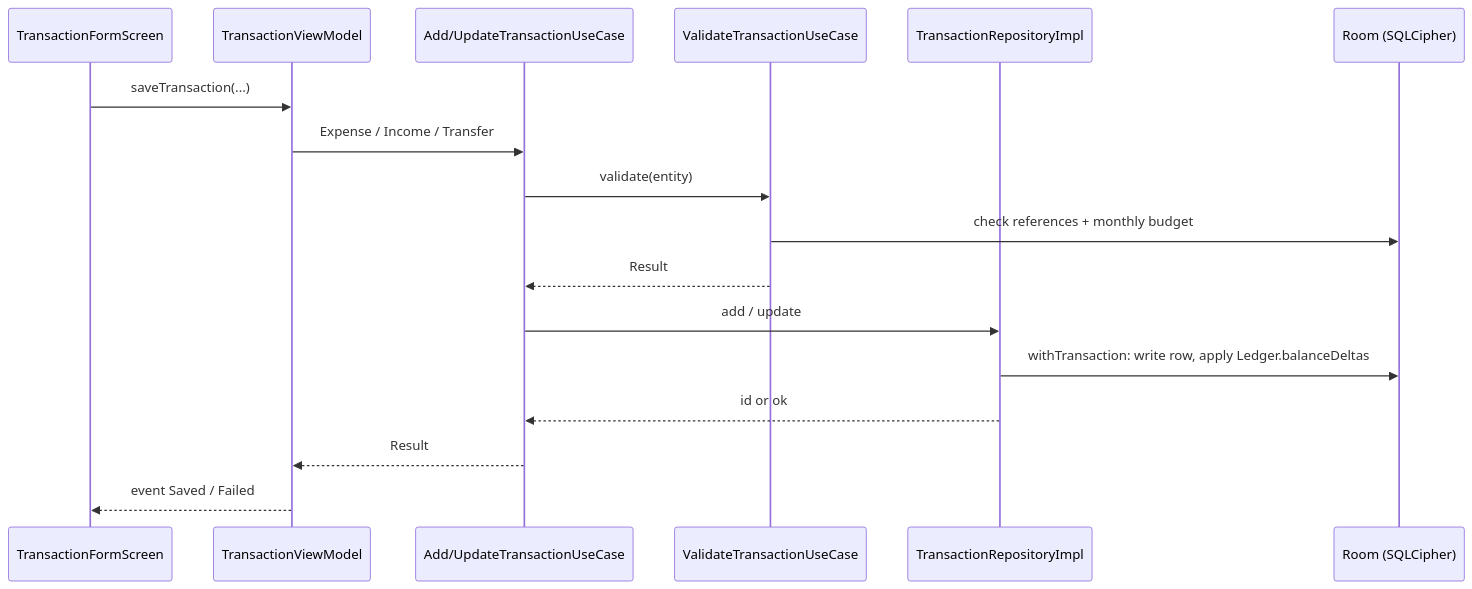
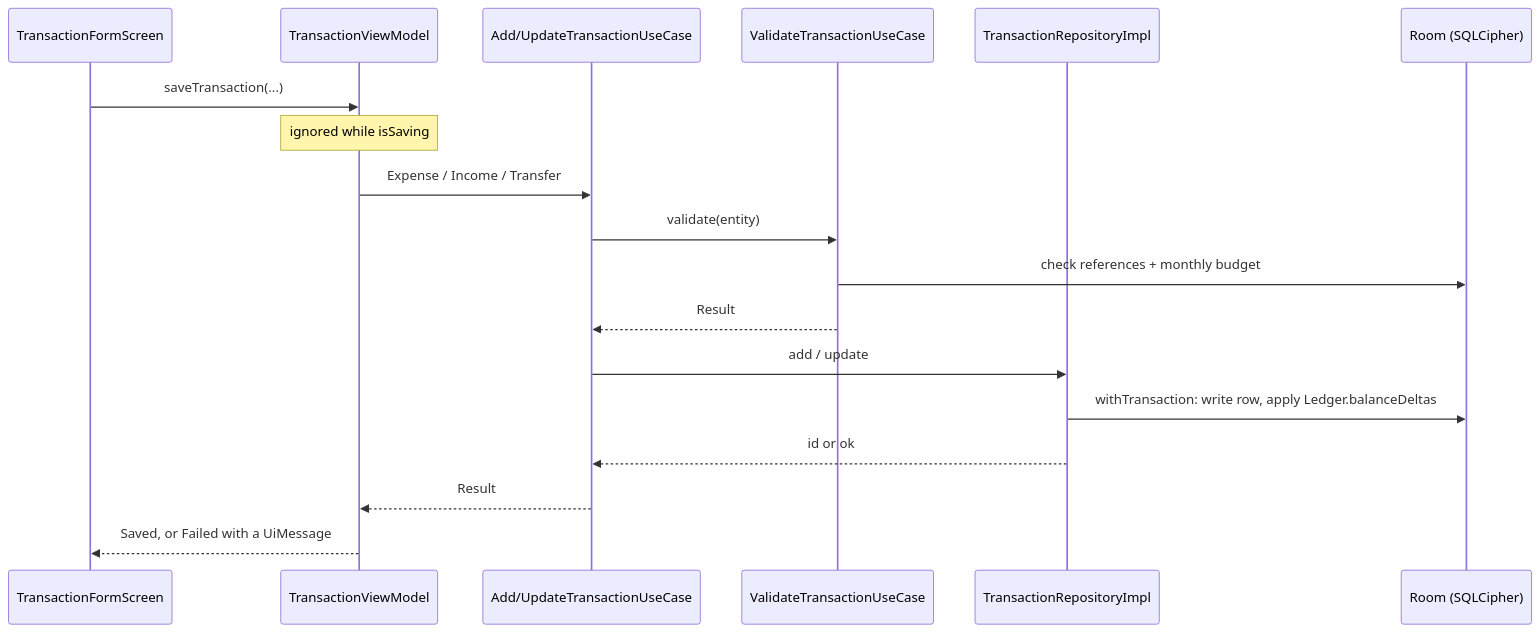
Before and after one commit to jabbott-iii/DenariiDolor: the third of 4 diagrams in intel/map.md, drawn with Mermaid. The commit also changed other lines of this file and 65 other files, not shown here.

````diff
--- a/intel/map.md
+++ b/intel/map.md
@@ -91,19 +91,20 @@
 ```mermaid
 sequenceDiagram
     participant F as TransactionFormScreen
     participant VM as TransactionViewModel
     participant UC as Add/UpdateTransactionUseCase
     participant V as ValidateTransactionUseCase
     participant R as TransactionRepositoryImpl
     participant DB as Room (SQLCipher)
     F->>VM: saveTransaction(...)
+    Note over VM: ignored while isSaving
     VM->>UC: Expense / Income / Transfer
     UC->>V: validate(entity)
     V->>DB: check references + monthly budget
     V-->>UC: Result
     UC->>R: add / update
     R->>DB: withTransaction: write row, apply Ledger.balanceDeltas
     R-->>UC: id or ok
     UC-->>VM: Result
-    VM-->>F: event Saved / Failed
+    VM-->>F: Saved, or Failed with a UiMessage
 ```
````
